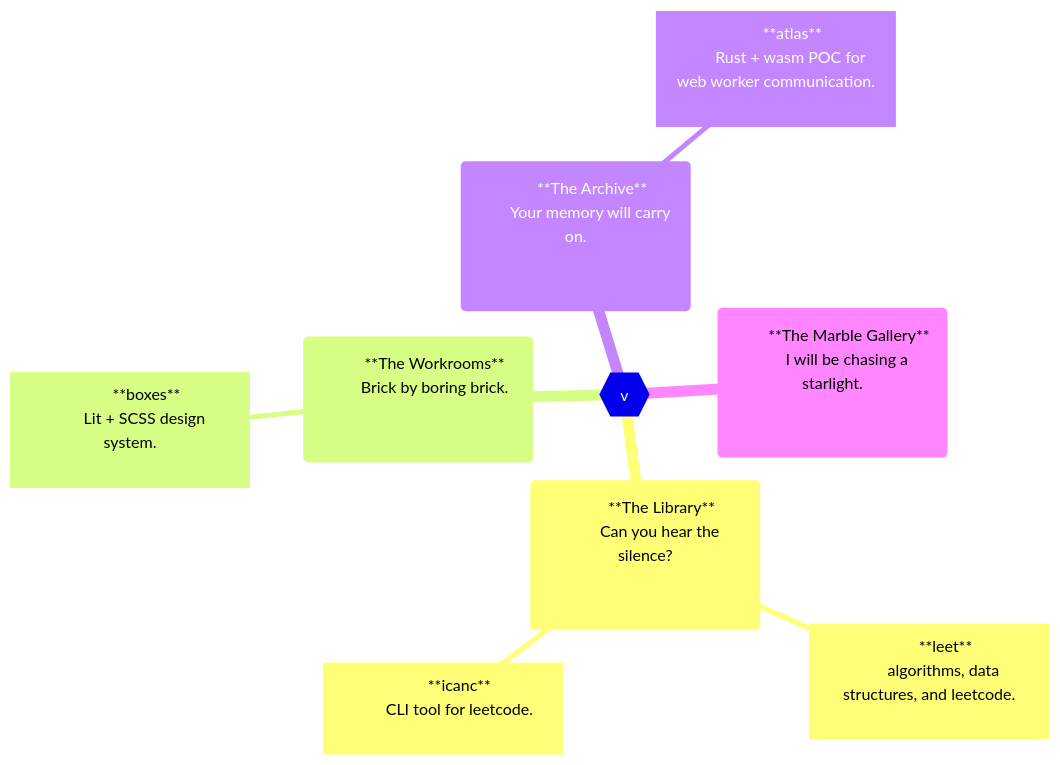
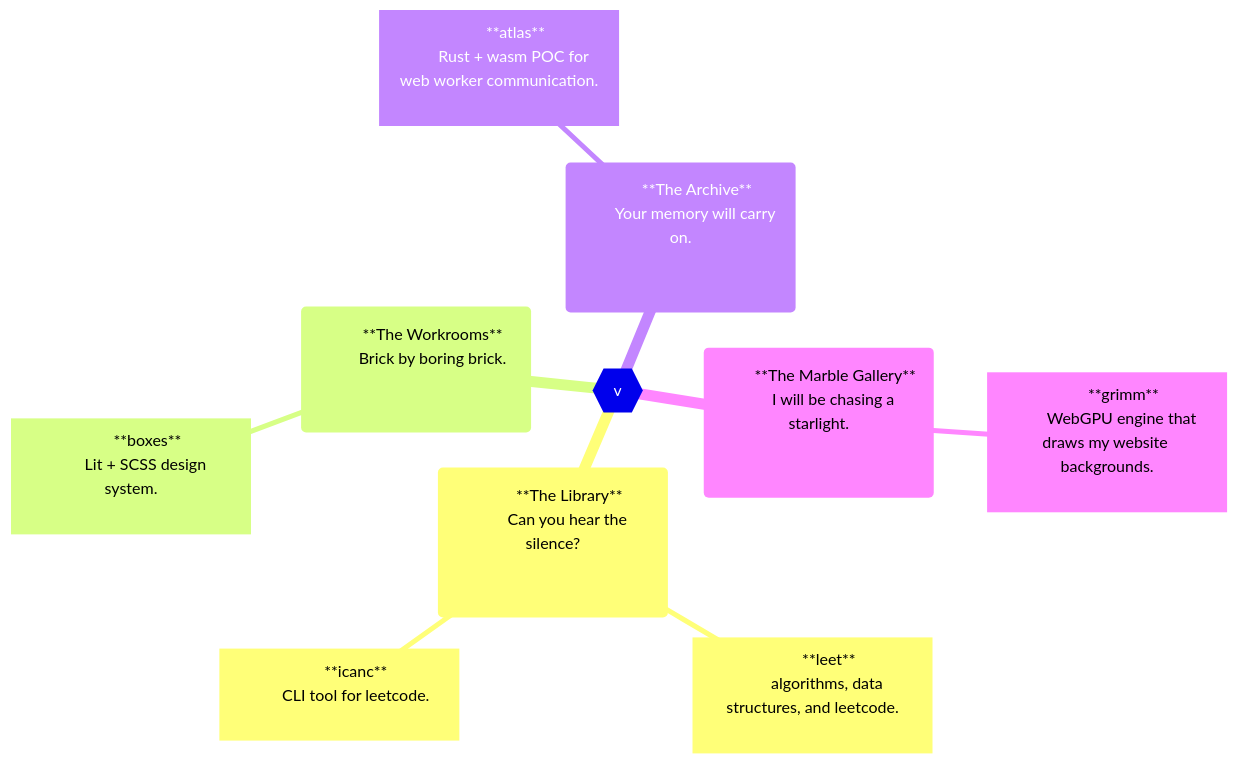
Before and after one commit to voxelstack/voxelstack: the diagram in README.md, drawn with Mermaid.

````diff
--- a/README.md
+++ b/README.md
@@ -4,41 +4,45 @@
 ```mermaid
 mindmap
   root{{v}}
     (
         **The Library**
         Can you hear the silence?
         <!-- Can you see the dark? -->
     )
       [
         **leet**
         algorithms, data structures, and leetcode.
       ]
       [
         **icanc**
         CLI tool for leetcode.
       ]
     (
         <!-- The word "workshop" was taken from us. -->
         **The Workrooms**
         Brick by boring brick.
         <!-- Or the wolf's gonna blow it down. -->
     )
       [
         **boxes**
         Lit + SCSS design system.
       ]
     (
         **The Archive**
         Your memory will carry on.
         <!-- We'll carry on. -->
     )
       [
         **atlas**
         Rust + wasm POC for web worker communication.
       ]
     (
         **The Marble Gallery**
         I will be chasing a starlight.
         <!-- Until the end of my life. -->
     )
+      [
+        **grimm**
+        WebGPU engine that draws my website backgrounds.
+      ]
 ```
````
